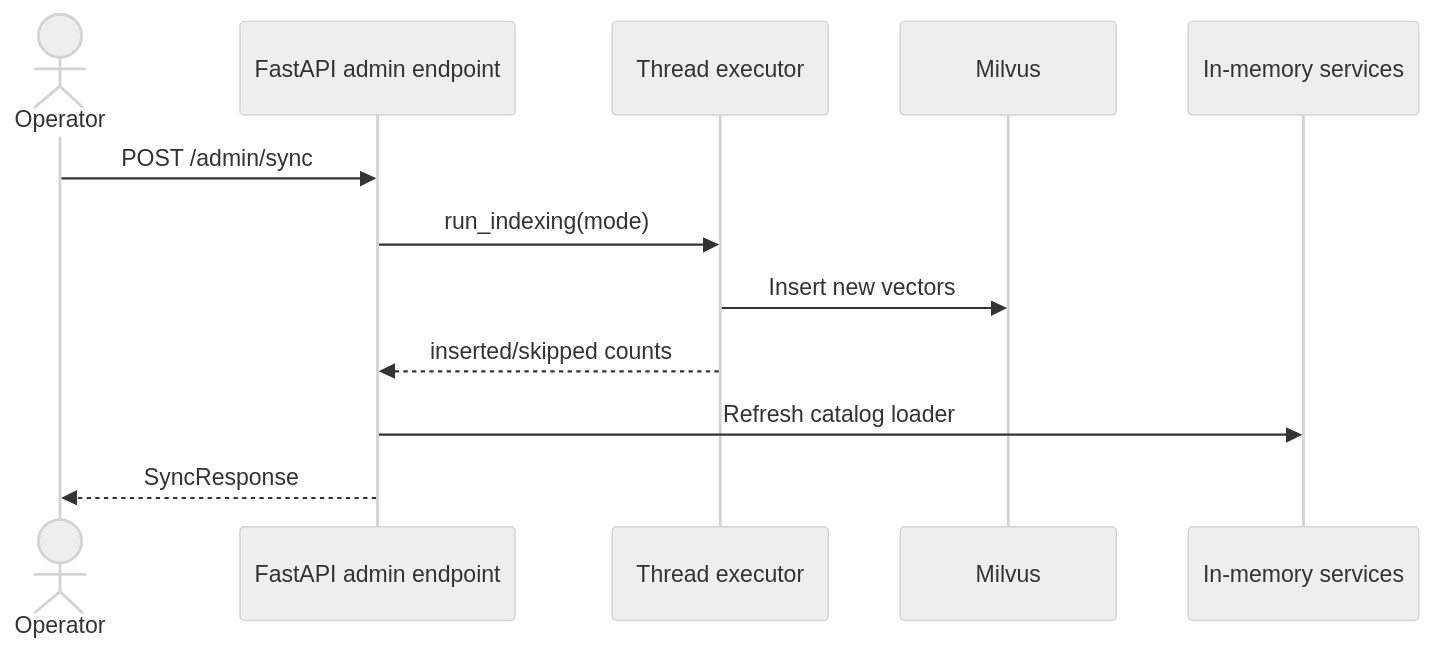
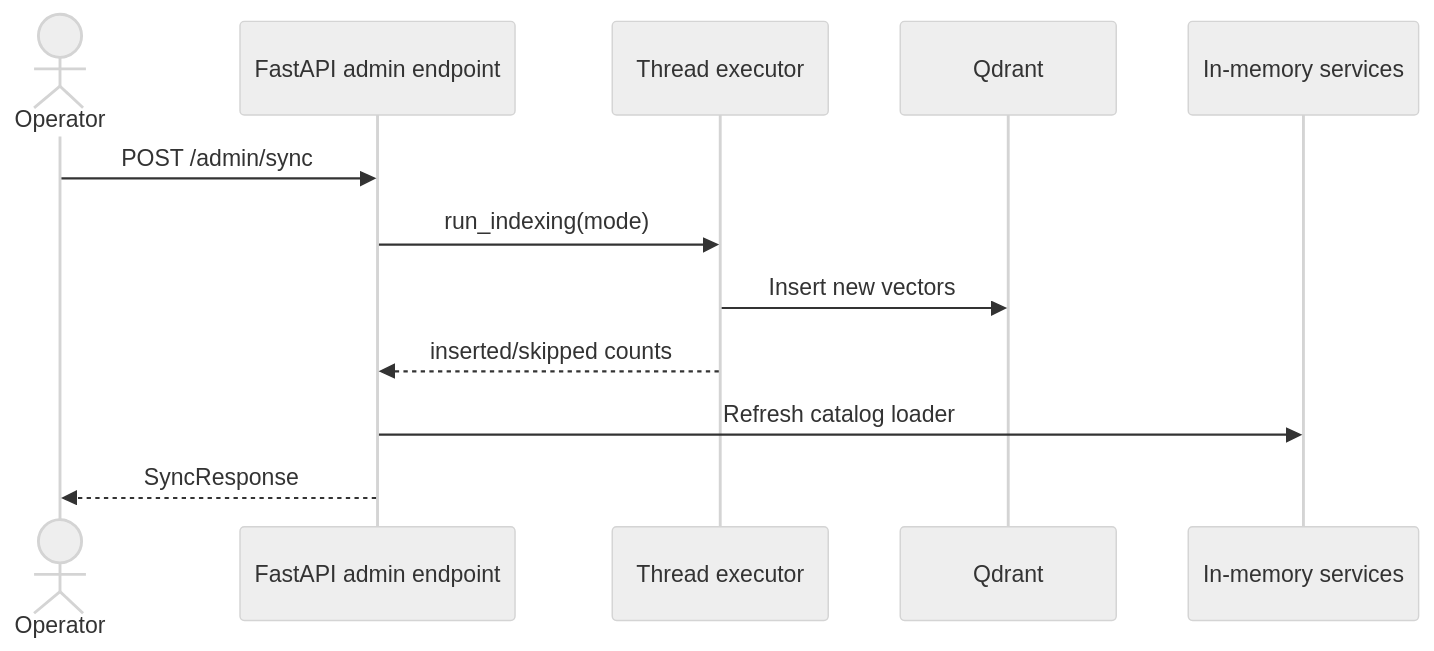
One commit to manishfromlko/Prism changed the seventh of 8 diagrams in docs/05-DATA-FLOWS.md. Above: the diagram before and after it, drawn with Mermaid (neutral theme). The commit also changed other lines of this file and 66 other files, not shown here.

Commit message:
Migrating from Milvus to Qdrant backend db

````diff
--- a/docs/05-DATA-FLOWS.md
+++ b/docs/05-DATA-FLOWS.md
@@ -114,15 +114,15 @@
 ```mermaid
 sequenceDiagram
     actor Operator
     participant API as FastAPI admin endpoint
     participant Worker as Thread executor
-    participant Milvus
+    participant Qdrant
     participant Cache as In-memory services
 
     Operator->>API: POST /admin/sync
     API->>Worker: run_indexing(mode)
-    Worker->>Milvus: Insert new vectors
+    Worker->>Qdrant: Insert new vectors
     Worker-->>API: inserted/skipped counts
     API->>Cache: Refresh catalog loader
     API-->>Operator: SyncResponse
 ```
````
